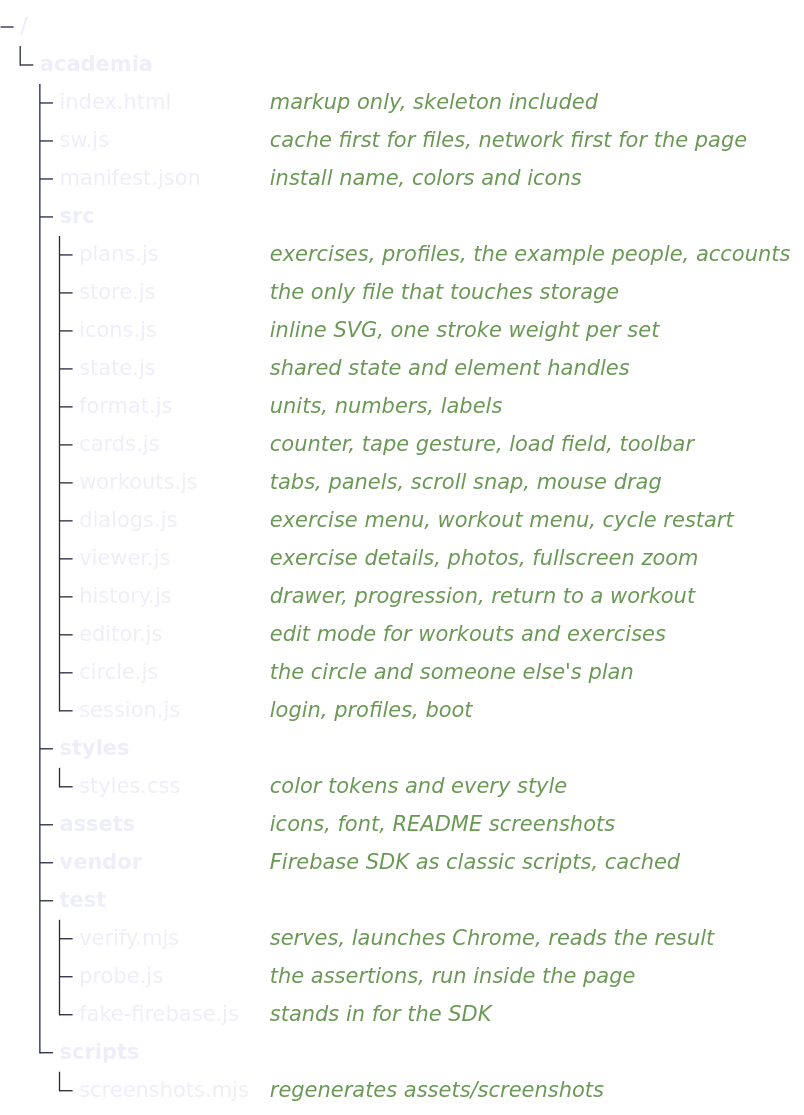
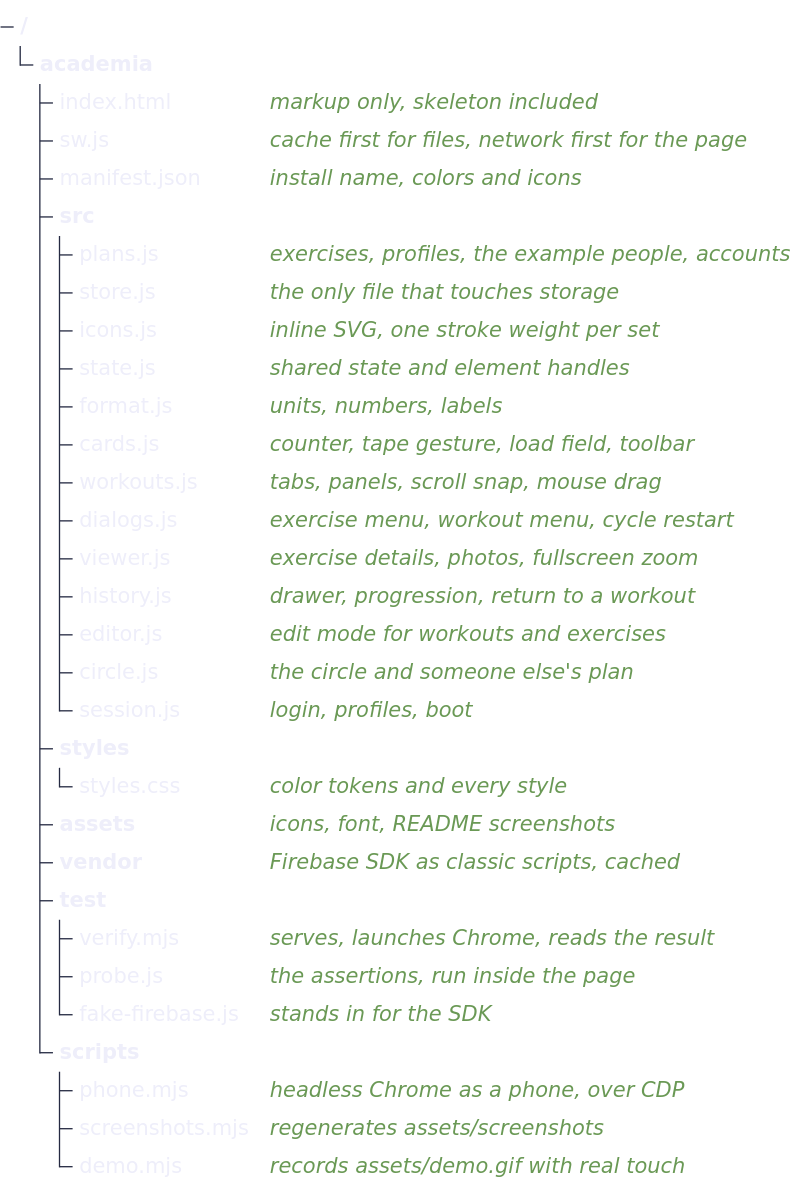
Before and after one commit to v-amorim/academia: the fourth of 4 diagrams in README.md, drawn with Mermaid. The commit also changed other lines of this file and 17 other files, not shown here.

Commit message:
feat: portfolio round: CI, demo GIF, meta tags, chosen state, menu icons and the Android panel height

````diff
--- a/README.md
+++ b/README.md
@@ -277,43 +284,45 @@
 ```mermaid
 ---
 config:
   theme: base
   themeVariables:
     darkMode: true
     background: "#0D0E17"
     textColor: "#EEEEFA"
     treeView:
       labelColor: "#EEEEFA"
       lineColor: "#252A42"
       iconColor: "#7E86A4"
 ---
 treeView-beta
 academia/
     index.html ## markup only, skeleton included
     sw.js ## cache first for files, network first for the page
     manifest.json ## install name, colors and icons
     src/
         plans.js ## exercises, profiles, the example people, accounts
         store.js ## the only file that touches storage
         icons.js ## inline SVG, one stroke weight per set
         state.js ## shared state and element handles
         format.js ## units, numbers, labels
         cards.js ## counter, tape gesture, load field, toolbar
         workouts.js ## tabs, panels, scroll snap, mouse drag
         dialogs.js ## exercise menu, workout menu, cycle restart
         viewer.js ## exercise details, photos, fullscreen zoom
         history.js ## drawer, progression, return to a workout
         editor.js ## edit mode for workouts and exercises
         circle.js ## the circle and someone else's plan
         session.js ## login, profiles, boot
     styles/
         styles.css ## color tokens and every style
     assets/ ## icons, font, README screenshots
     vendor/ ## Firebase SDK as classic scripts, cached
     test/
         verify.mjs ## serves, launches Chrome, reads the result
         probe.js ## the assertions, run inside the page
         fake-firebase.js ## stands in for the SDK
     scripts/
+        phone.mjs ## headless Chrome as a phone, over CDP
         screenshots.mjs ## regenerates assets/screenshots
+        demo.mjs ## records assets/demo.gif with real touch
 ```
````
